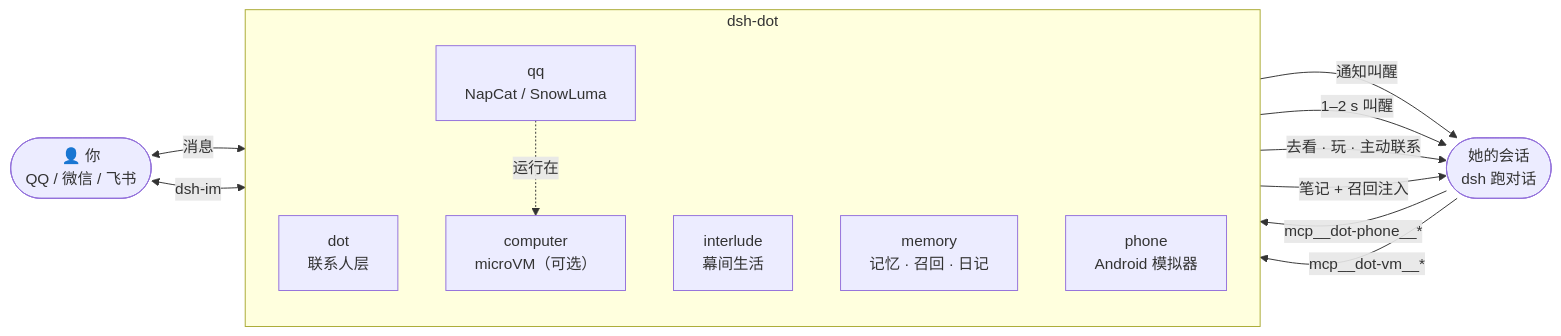
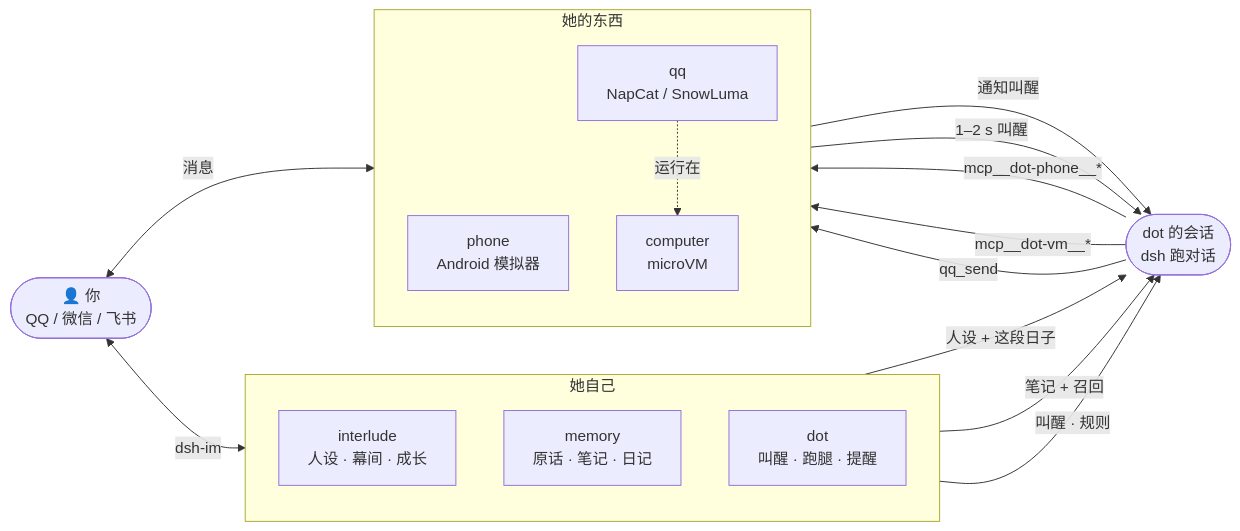
Before and after one commit to Kevinwu901113/dsh-dot: the diagram in README.md, drawn with Mermaid. The commit also changed other lines of this file and 1 other file, not shown here.

First line of the commit message:
README: she is the subject — dsh becomes dot, who has a phone and a computer; aligned with 0.23.2

````diff
--- a/README.md
+++ b/README.md
@@ -157,24 +176,29 @@
 ```mermaid
 flowchart LR
     you(["👤 你<br/>QQ / 微信 / 飞书"])
-    subgraph dot["dsh-dot"]
+    subgraph self["她自己"]
         direction TB
-        contact["dot<br/>联系人层"]
-        interlude["interlude<br/>幕间生活"]
-        memory["memory<br/>记忆 · 召回 · 日记"]
+        interlude["interlude<br/>人设 · 幕间 · 成长"]
+        memory["memory<br/>原话 · 笔记 · 日记"]
+        contact["dot<br/>叫醒 · 跑腿 · 提醒"]
+    end
+    session(["dot 的会话<br/>dsh 跑对话"])
+    subgraph things["她的东西"]
+        direction TB
         phone["phone<br/>Android 模拟器"]
+        computer["computer<br/>microVM"]
         qq["qq<br/>NapCat / SnowLuma"]
-        computer["computer<br/>microVM（可选）"]
     end
-    session(["她的会话<br/>dsh 跑对话"])
 
     you <-->|消息| qq
     you <-->|dsh-im| contact
+    interlude -->|人设 + 这段日子| session
+    memory -->|笔记 + 召回| session
+    contact -->|叫醒 · 规则| session
+    session -->|mcp__dot-phone__*| phone
+    session -->|mcp__dot-vm__*| computer
+    session -->|qq_send| qq
     phone -->|通知叫醒| session
     qq -->|1–2 s 叫醒| session
-    interlude -->|去看 · 玩 · 主动联系| session
-    memory -->|笔记 + 召回注入| session
-    session -->|mcp__dot-phone__*| phone
-    session -->|mcp__dot-vm__*| computer
     qq -.运行在.-> computer
 ```
````
